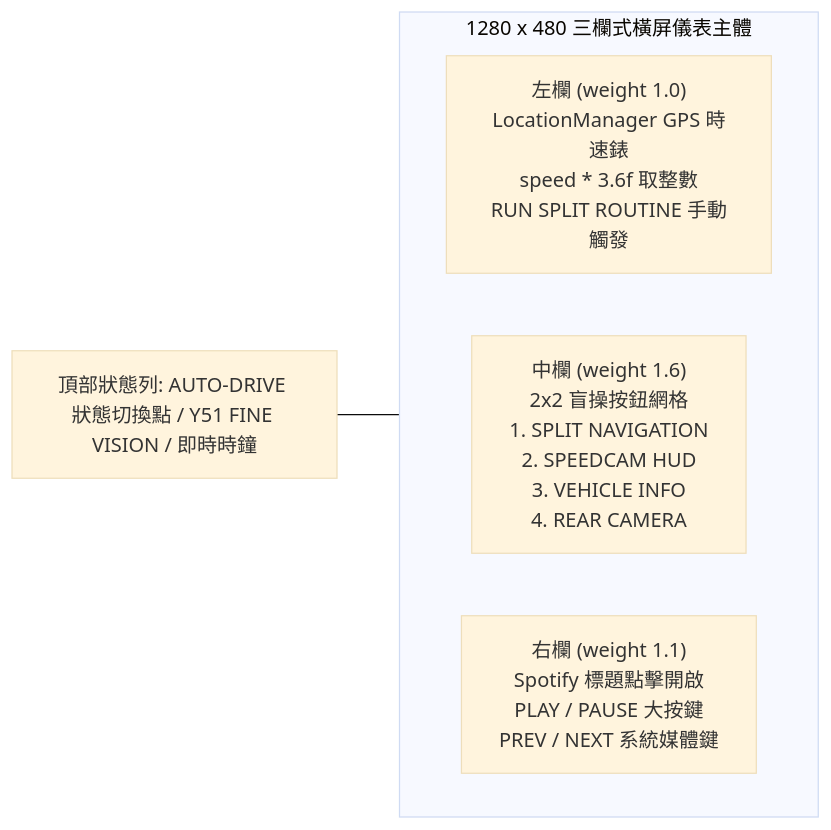
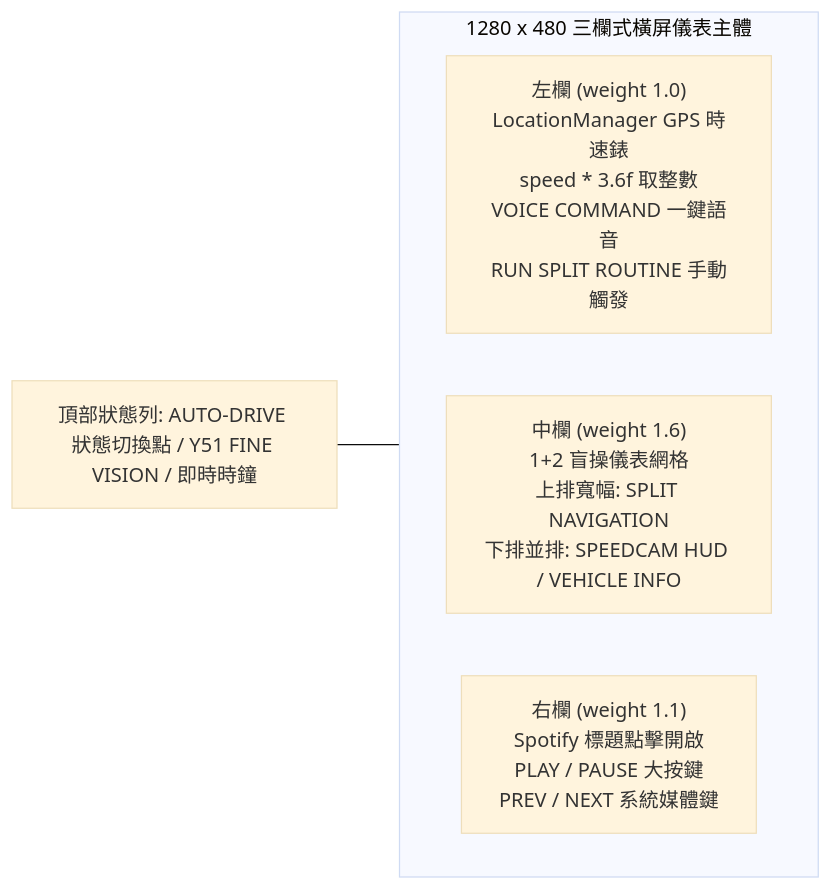
One commit to joe10897/infinitiX_CarLauncher changed the first of 2 diagrams in README.md. Above: the diagram before and after it, drawn with Mermaid (base theme). The commit also changed other lines of this file and 23 other files, not shown here.

Commit message:
feat: add Liquid Glass UI, 1+2 center grid, and Y51 Voice Command Router

````diff
--- a/README.md
+++ b/README.md
@@ -48,13 +49,13 @@
 ```mermaid
 flowchart LR
     TOP["頂部狀態列: AUTO-DRIVE 狀態切換點 / Y51 FINE VISION / 即時時鐘"]
 
     subgraph BODY["1280 x 480 三欄式橫屏儀表主體"]
         direction LR
-        LEFT["左欄 (weight 1.0)<br/>LocationManager GPS 時速錶<br/>speed * 3.6f 取整數<br/>RUN SPLIT ROUTINE 手動觸發"]
-        CENTER["中欄 (weight 1.6)<br/>2x2 盲操按鈕網格<br/>1. SPLIT NAVIGATION<br/>2. SPEEDCAM HUD<br/>3. VEHICLE INFO<br/>4. REAR CAMERA"]
+        LEFT["左欄 (weight 1.0)<br/>LocationManager GPS 時速錶<br/>speed * 3.6f 取整數<br/>VOICE COMMAND 一鍵語音<br/>RUN SPLIT ROUTINE 手動觸發"]
+        CENTER["中欄 (weight 1.6)<br/>1+2 盲操儀表網格<br/>上排寬幅: SPLIT NAVIGATION<br/>下排並排: SPEEDCAM HUD / VEHICLE INFO"]
         RIGHT["右欄 (weight 1.1)<br/>Spotify 標題點擊開啟<br/>PLAY / PAUSE 大按鍵<br/>PREV / NEXT 系統媒體鍵"]
     end
 
     TOP --- BODY
 ```
````
